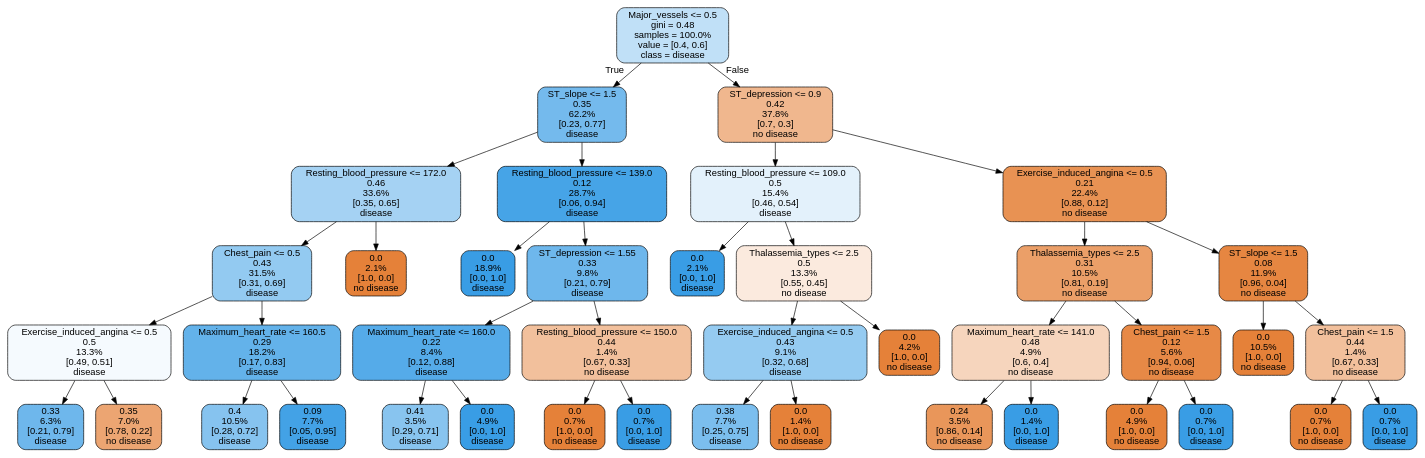
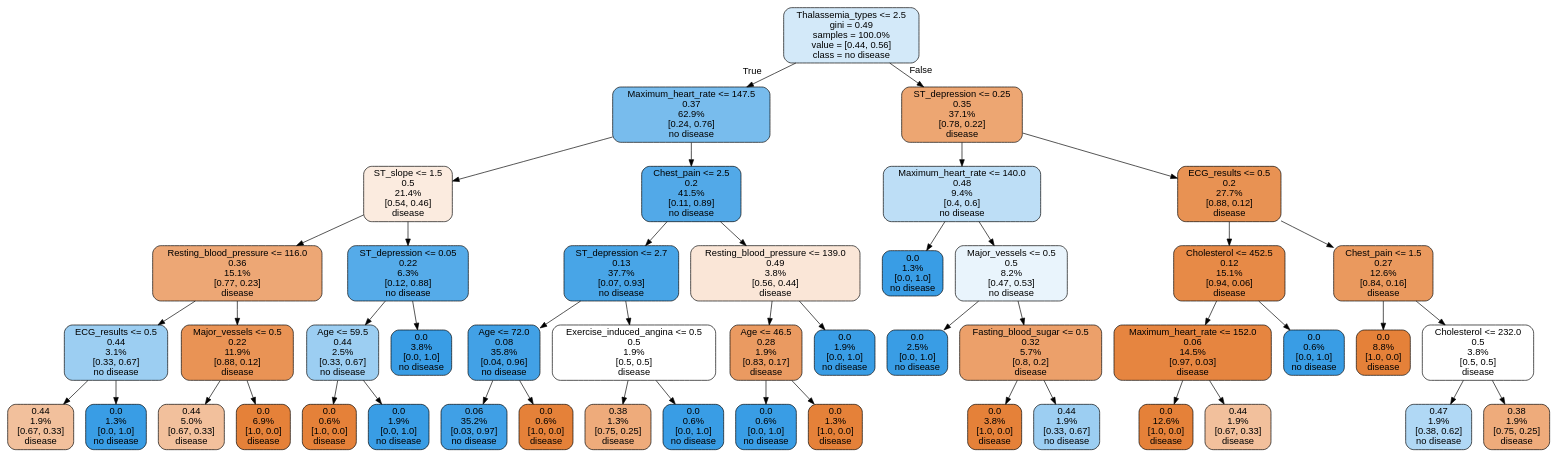
One commit to constantimi/Machine-Learning-Fundamentals changed the diagram in Heart Disease UCI/tree.dot. Above: the diagram before and after it, drawn with Graphviz. The commit also changed 5 other files, not shown here.

```diff
--- a/Heart Disease UCI/tree.dot
+++ b/Heart Disease UCI/tree.dot
@@ -1,85 +1,97 @@
 digraph Tree {
 node [shape=box, style="filled, rounded", color="black", fontname=helvetica] ;
 edge [fontname=helvetica] ;
-0 [label="Major_vessels <= 0.5\ngini = 0.48\nsamples = 100.0%\nvalue = [0.4, 0.6]\nclass = disease", fillcolor="#c0e0f7"] ;
-1 [label="ST_slope <= 1.5\n0.35\n62.2%\n[0.23, 0.77]\ndisease", fillcolor="#74baed"] ;
+0 [label="Thalassemia_types <= 2.5\ngini = 0.49\nsamples = 100.0%\nvalue = [0.44, 0.56]\nclass = no disease", fillcolor="#d3e9f9"] ;
+1 [label="Maximum_heart_rate <= 147.5\n0.37\n62.9%\n[0.24, 0.76]\nno disease", fillcolor="#78bced"] ;
 0 -> 1 [labeldistance=2.5, labelangle=45, headlabel="True"] ;
-2 [label="Resting_blood_pressure <= 172.0\n0.46\n33.6%\n[0.35, 0.65]\ndisease", fillcolor="#a5d2f3"] ;
+2 [label="ST_slope <= 1.5\n0.5\n21.4%\n[0.54, 0.46]\ndisease", fillcolor="#fbebdf"] ;
 1 -> 2 ;
-3 [label="Chest_pain <= 0.5\n0.43\n31.5%\n[0.31, 0.69]\ndisease", fillcolor="#93caf1"] ;
+3 [label="Resting_blood_pressure <= 116.0\n0.36\n15.1%\n[0.77, 0.23]\ndisease", fillcolor="#eda775"] ;
 2 -> 3 ;
-4 [label="Exercise_induced_angina <= 0.5\n0.5\n13.3%\n[0.49, 0.51]\ndisease", fillcolor="#f5fafe"] ;
+4 [label="ECG_results <= 0.5\n0.44\n3.1%\n[0.33, 0.67]\nno disease", fillcolor="#9ccef2"] ;
 3 -> 4 ;
-5 [label="0.33\n6.3%\n[0.21, 0.79]\ndisease", fillcolor="#6eb7ec"] ;
+5 [label="0.44\n1.9%\n[0.67, 0.33]\ndisease", fillcolor="#f2c09c"] ;
 4 -> 5 ;
-6 [label="0.35\n7.0%\n[0.78, 0.22]\nno disease", fillcolor="#eca572"] ;
+6 [label="0.0\n1.3%\n[0.0, 1.0]\nno disease", fillcolor="#399de5"] ;
 4 -> 6 ;
-7 [label="Maximum_heart_rate <= 160.5\n0.29\n18.2%\n[0.17, 0.83]\ndisease", fillcolor="#63b2ea"] ;
+7 [label="Major_vessels <= 0.5\n0.22\n11.9%\n[0.88, 0.12]\ndisease", fillcolor="#e99355"] ;
 3 -> 7 ;
-8 [label="0.4\n10.5%\n[0.28, 0.72]\ndisease", fillcolor="#86c3ef"] ;
+8 [label="0.44\n5.0%\n[0.67, 0.33]\ndisease", fillcolor="#f2c09c"] ;
 7 -> 8 ;
-9 [label="0.09\n7.7%\n[0.05, 0.95]\ndisease", fillcolor="#43a2e6"] ;
+9 [label="0.0\n6.9%\n[1.0, 0.0]\ndisease", fillcolor="#e58139"] ;
 7 -> 9 ;
-10 [label="0.0\n2.1%\n[1.0, 0.0]\nno disease", fillcolor="#e58139"] ;
+10 [label="ST_depression <= 0.05\n0.22\n6.3%\n[0.12, 0.88]\nno disease", fillcolor="#55abe9"] ;
 2 -> 10 ;
-11 [label="Resting_blood_pressure <= 139.0\n0.12\n28.7%\n[0.06, 0.94]\ndisease", fillcolor="#46a4e7"] ;
-1 -> 11 ;
-12 [label="0.0\n18.9%\n[0.0, 1.0]\ndisease", fillcolor="#399de5"] ;
+11 [label="Age <= 59.5\n0.44\n2.5%\n[0.33, 0.67]\nno disease", fillcolor="#9ccef2"] ;
+10 -> 11 ;
+12 [label="0.0\n0.6%\n[1.0, 0.0]\ndisease", fillcolor="#e58139"] ;
 11 -> 12 ;
-13 [label="ST_depression <= 1.55\n0.33\n9.8%\n[0.21, 0.79]\ndisease", fillcolor="#6eb7ec"] ;
+13 [label="0.0\n1.9%\n[0.0, 1.0]\nno disease", fillcolor="#399de5"] ;
 11 -> 13 ;
-14 [label="Maximum_heart_rate <= 160.0\n0.22\n8.4%\n[0.12, 0.88]\ndisease", fillcolor="#55abe9"] ;
-13 -> 14 ;
-15 [label="0.41\n3.5%\n[0.29, 0.71]\ndisease", fillcolor="#88c4ef"] ;
-14 -> 15 ;
-16 [label="0.0\n4.9%\n[0.0, 1.0]\ndisease", fillcolor="#399de5"] ;
-14 -> 16 ;
-17 [label="Resting_blood_pressure <= 150.0\n0.44\n1.4%\n[0.67, 0.33]\nno disease", fillcolor="#f2c09c"] ;
-13 -> 17 ;
-18 [label="0.0\n0.7%\n[1.0, 0.0]\nno disease", fillcolor="#e58139"] ;
+14 [label="0.0\n3.8%\n[0.0, 1.0]\nno disease", fillcolor="#399de5"] ;
+10 -> 14 ;
+15 [label="Chest_pain <= 2.5\n0.2\n41.5%\n[0.11, 0.89]\nno disease", fillcolor="#52a9e8"] ;
+1 -> 15 ;
+16 [label="ST_depression <= 2.7\n0.13\n37.7%\n[0.07, 0.93]\nno disease", fillcolor="#48a5e7"] ;
+15 -> 16 ;
+17 [label="Age <= 72.0\n0.08\n35.8%\n[0.04, 0.96]\nno disease", fillcolor="#42a1e6"] ;
+16 -> 17 ;
+18 [label="0.06\n35.2%\n[0.03, 0.97]\nno disease", fillcolor="#40a0e6"] ;
 17 -> 18 ;
-19 [label="0.0\n0.7%\n[0.0, 1.0]\ndisease", fillcolor="#399de5"] ;
+19 [label="0.0\n0.6%\n[1.0, 0.0]\ndisease", fillcolor="#e58139"] ;
 17 -> 19 ;
-20 [label="ST_depression <= 0.9\n0.42\n37.8%\n[0.7, 0.3]\nno disease", fillcolor="#f0b78e"] ;
-0 -> 20 [labeldistance=2.5, labelangle=-45, headlabel="False"] ;
-21 [label="Resting_blood_pressure <= 109.0\n0.5\n15.4%\n[0.46, 0.54]\ndisease", fillcolor="#e3f1fb"] ;
+20 [label="Exercise_induced_angina <= 0.5\n0.5\n1.9%\n[0.5, 0.5]\ndisease", fillcolor="#ffffff"] ;
+16 -> 20 ;
+21 [label="0.38\n1.3%\n[0.75, 0.25]\ndisease", fillcolor="#eeab7b"] ;
 20 -> 21 ;
-22 [label="0.0\n2.1%\n[0.0, 1.0]\ndisease", fillcolor="#399de5"] ;
-21 -> 22 ;
-23 [label="Thalassemia_types <= 2.5\n0.5\n13.3%\n[0.55, 0.45]\nno disease", fillcolor="#fbeade"] ;
-21 -> 23 ;
-24 [label="Exercise_induced_angina <= 0.5\n0.43\n9.1%\n[0.32, 0.68]\ndisease", fillcolor="#95cbf1"] ;
+22 [label="0.0\n0.6%\n[0.0, 1.0]\nno disease", fillcolor="#399de5"] ;
+20 -> 22 ;
+23 [label="Resting_blood_pressure <= 139.0\n0.49\n3.8%\n[0.56, 0.44]\ndisease", fillcolor="#fae6d7"] ;
+15 -> 23 ;
+24 [label="Age <= 46.5\n0.28\n1.9%\n[0.83, 0.17]\ndisease", fillcolor="#ea9a61"] ;
 23 -> 24 ;
-25 [label="0.38\n7.7%\n[0.25, 0.75]\ndisease", fillcolor="#7bbeee"] ;
+25 [label="0.0\n0.6%\n[0.0, 1.0]\nno disease", fillcolor="#399de5"] ;
 24 -> 25 ;
-26 [label="0.0\n1.4%\n[1.0, 0.0]\nno disease", fillcolor="#e58139"] ;
+26 [label="0.0\n1.3%\n[1.0, 0.0]\ndisease", fillcolor="#e58139"] ;
 24 -> 26 ;
-27 [label="0.0\n4.2%\n[1.0, 0.0]\nno disease", fillcolor="#e58139"] ;
+27 [label="0.0\n1.9%\n[0.0, 1.0]\nno disease", fillcolor="#399de5"] ;
 23 -> 27 ;
-28 [label="Exercise_induced_angina <= 0.5\n0.21\n22.4%\n[0.88, 0.12]\nno disease", fillcolor="#e89253"] ;
-20 -> 28 ;
-29 [label="Thalassemia_types <= 2.5\n0.31\n10.5%\n[0.81, 0.19]\nno disease", fillcolor="#eb9f68"] ;
+28 [label="ST_depression <= 0.25\n0.35\n37.1%\n[0.78, 0.22]\ndisease", fillcolor="#eda672"] ;
+0 -> 28 [labeldistance=2.5, labelangle=-45, headlabel="False"] ;
+29 [label="Maximum_heart_rate <= 140.0\n0.48\n9.4%\n[0.4, 0.6]\nno disease", fillcolor="#bddef6"] ;
 28 -> 29 ;
-30 [label="Maximum_heart_rate <= 141.0\n0.48\n4.9%\n[0.6, 0.4]\nno disease", fillcolor="#f6d5bd"] ;
+30 [label="0.0\n1.3%\n[0.0, 1.0]\nno disease", fillcolor="#399de5"] ;
 29 -> 30 ;
-31 [label="0.24\n3.5%\n[0.86, 0.14]\nno disease", fillcolor="#e9965a"] ;
-30 -> 31 ;
-32 [label="0.0\n1.4%\n[0.0, 1.0]\ndisease", fillcolor="#399de5"] ;
-30 -> 32 ;
-33 [label="Chest_pain <= 1.5\n0.12\n5.6%\n[0.94, 0.06]\nno disease", fillcolor="#e78946"] ;
-29 -> 33 ;
-34 [label="0.0\n4.9%\n[1.0, 0.0]\nno disease", fillcolor="#e58139"] ;
+31 [label="Major_vessels <= 0.5\n0.5\n8.2%\n[0.47, 0.53]\nno disease", fillcolor="#e9f4fc"] ;
+29 -> 31 ;
+32 [label="0.0\n2.5%\n[0.0, 1.0]\nno disease", fillcolor="#399de5"] ;
+31 -> 32 ;
+33 [label="Fasting_blood_sugar <= 0.5\n0.32\n5.7%\n[0.8, 0.2]\ndisease", fillcolor="#eca06a"] ;
+31 -> 33 ;
+34 [label="0.0\n3.8%\n[1.0, 0.0]\ndisease", fillcolor="#e58139"] ;
 33 -> 34 ;
-35 [label="0.0\n0.7%\n[0.0, 1.0]\ndisease", fillcolor="#399de5"] ;
+35 [label="0.44\n1.9%\n[0.33, 0.67]\nno disease", fillcolor="#9ccef2"] ;
 33 -> 35 ;
-36 [label="ST_slope <= 1.5\n0.08\n11.9%\n[0.96, 0.04]\nno disease", fillcolor="#e68641"] ;
+36 [label="ECG_results <= 0.5\n0.2\n27.7%\n[0.88, 0.12]\ndisease", fillcolor="#e89253"] ;
 28 -> 36 ;
-37 [label="0.0\n10.5%\n[1.0, 0.0]\nno disease", fillcolor="#e58139"] ;
+37 [label="Cholesterol <= 452.5\n0.12\n15.1%\n[0.94, 0.06]\ndisease", fillcolor="#e78a47"] ;
 36 -> 37 ;
-38 [label="Chest_pain <= 1.5\n0.44\n1.4%\n[0.67, 0.33]\nno disease", fillcolor="#f2c09c"] ;
-36 -> 38 ;
-39 [label="0.0\n0.7%\n[1.0, 0.0]\nno disease", fillcolor="#e58139"] ;
+38 [label="Maximum_heart_rate <= 152.0\n0.06\n14.5%\n[0.97, 0.03]\ndisease", fillcolor="#e68540"] ;
+37 -> 38 ;
+39 [label="0.0\n12.6%\n[1.0, 0.0]\ndisease", fillcolor="#e58139"] ;
 38 -> 39 ;
-40 [label="0.0\n0.7%\n[0.0, 1.0]\ndisease", fillcolor="#399de5"] ;
+40 [label="0.44\n1.9%\n[0.67, 0.33]\ndisease", fillcolor="#f2c09c"] ;
 38 -> 40 ;
+41 [label="0.0\n0.6%\n[0.0, 1.0]\nno disease", fillcolor="#399de5"] ;
+37 -> 41 ;
+42 [label="Chest_pain <= 1.5\n0.27\n12.6%\n[0.84, 0.16]\ndisease", fillcolor="#ea995e"] ;
+36 -> 42 ;
+43 [label="0.0\n8.8%\n[1.0, 0.0]\ndisease", fillcolor="#e58139"] ;
+42 -> 43 ;
+44 [label="Cholesterol <= 232.0\n0.5\n3.8%\n[0.5, 0.5]\ndisease", fillcolor="#ffffff"] ;
+42 -> 44 ;
+45 [label="0.47\n1.9%\n[0.38, 0.62]\nno disease", fillcolor="#b0d8f5"] ;
+44 -> 45 ;
+46 [label="0.38\n1.9%\n[0.75, 0.25]\ndisease", fillcolor="#eeab7b"] ;
+44 -> 46 ;
 }
```
